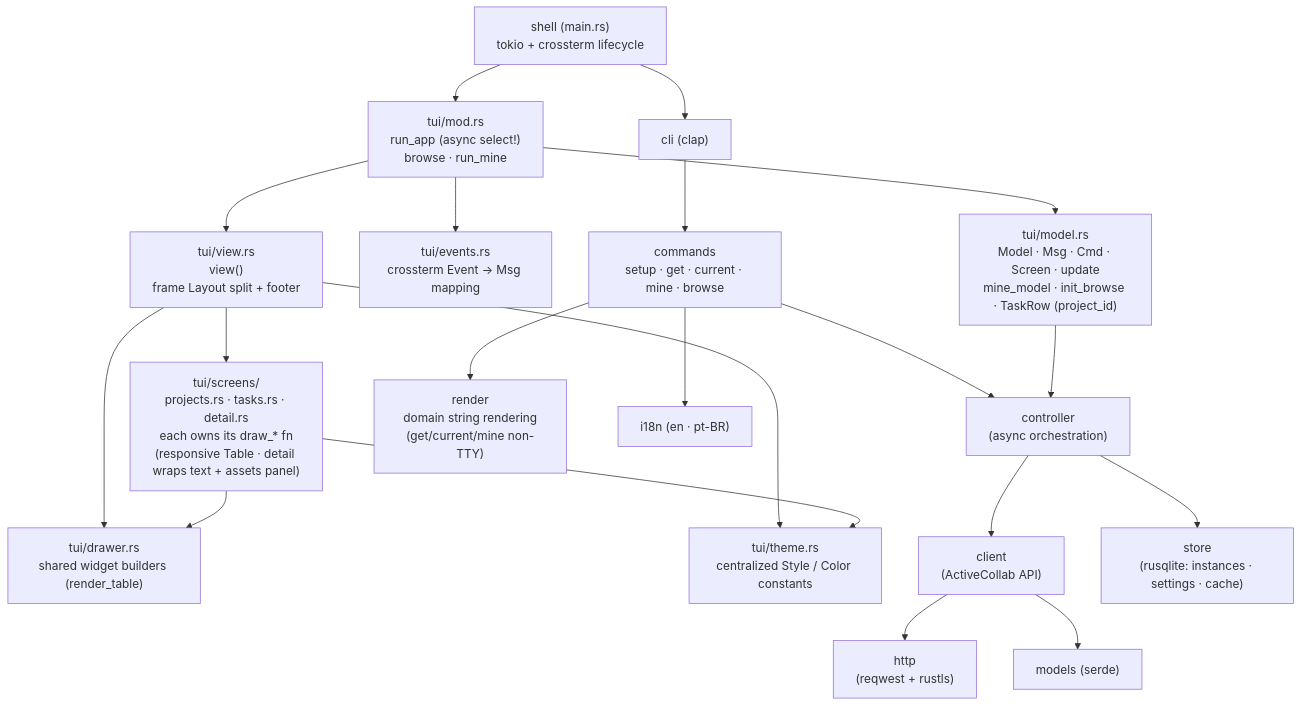
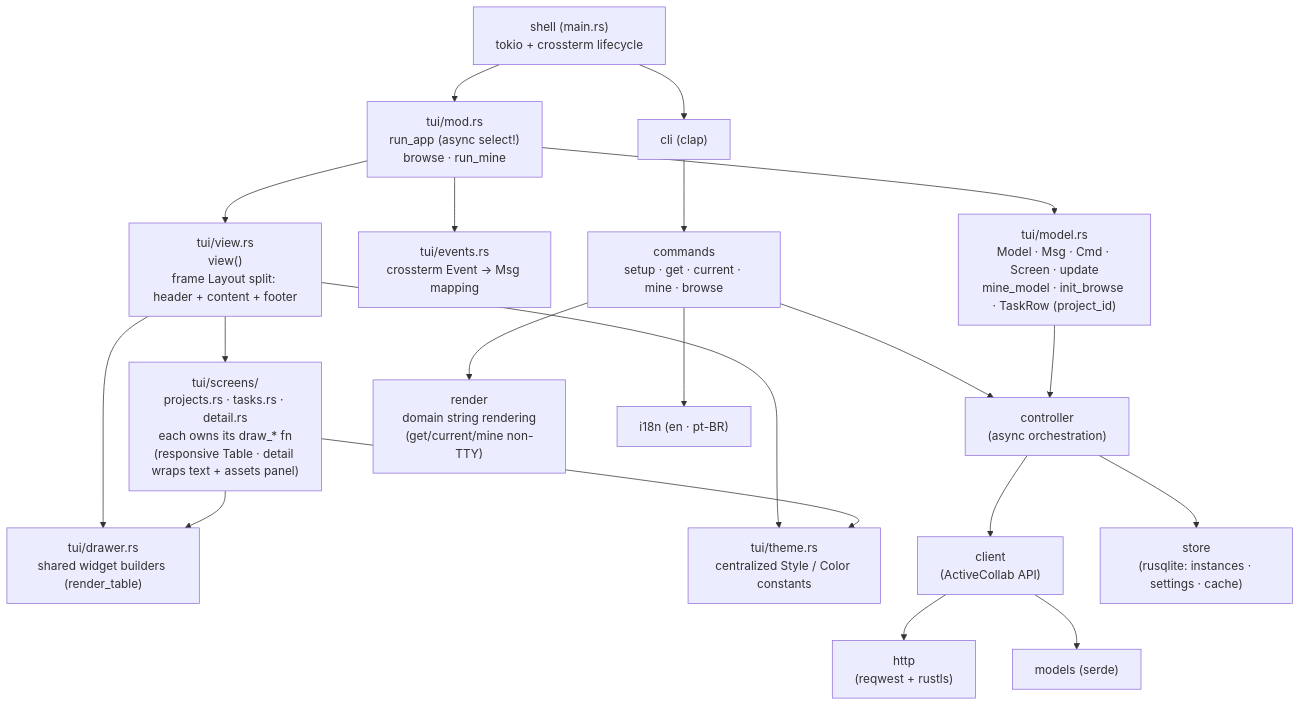
One commit to ejklock/active-collab-cli changed the first of 2 diagrams in docs/architecture.md. Above: the diagram before and after it, drawn with Mermaid. The commit also changed other lines of this file and 18 other files, not shown here.

First line of the commit message:
feat: redesign tui as vibrant dashboard (header, unified lists, scrollbar)

````diff
--- a/docs/architecture.md
+++ b/docs/architecture.md
@@ -20,22 +20,22 @@
 ```mermaid
 flowchart TD
     main["shell (main.rs)\ntokio + crossterm lifecycle"] --> tui["tui/mod.rs\nrun_app (async select!)\nbrowse · run_mine"]
     tui --> model["tui/model.rs\nModel · Msg · Cmd · Screen · update\nmine_model · init_browse · TaskRow (project_id)"]
     tui --> events["tui/events.rs\ncrossterm Event → Msg mapping"]
-    tui --> view["tui/view.rs\nview()\nframe Layout split + footer"]
+    tui --> view["tui/view.rs\nview()\nframe Layout split: header + content + footer"]
     view --> screens["tui/screens/\nprojects.rs · tasks.rs · detail.rs\neach owns its draw_* fn\n(responsive Table · detail wraps text + assets panel)"]
     view --> drawer["tui/drawer.rs\nshared widget builders (render_table)"]
     view --> theme["tui/theme.rs\ncentralized Style / Color constants"]
     screens --> drawer
     screens --> theme
     main --> cli["cli (clap)"]
     cli --> commands["commands\nsetup · get · current · mine · browse"]
     commands --> controller["controller\n(async orchestration)"]
     model --> controller
     controller --> client["client\n(ActiveCollab API)"]
     client --> http["http\n(reqwest + rustls)"]
     controller --> store["store\n(rusqlite: instances · settings · cache)"]
     commands --> render["render\ndomain string rendering\n(get/current/mine non-TTY)"]
     commands --> i18n["i18n (en · pt-BR)"]
     client --> models["models (serde)"]
 ```
````
